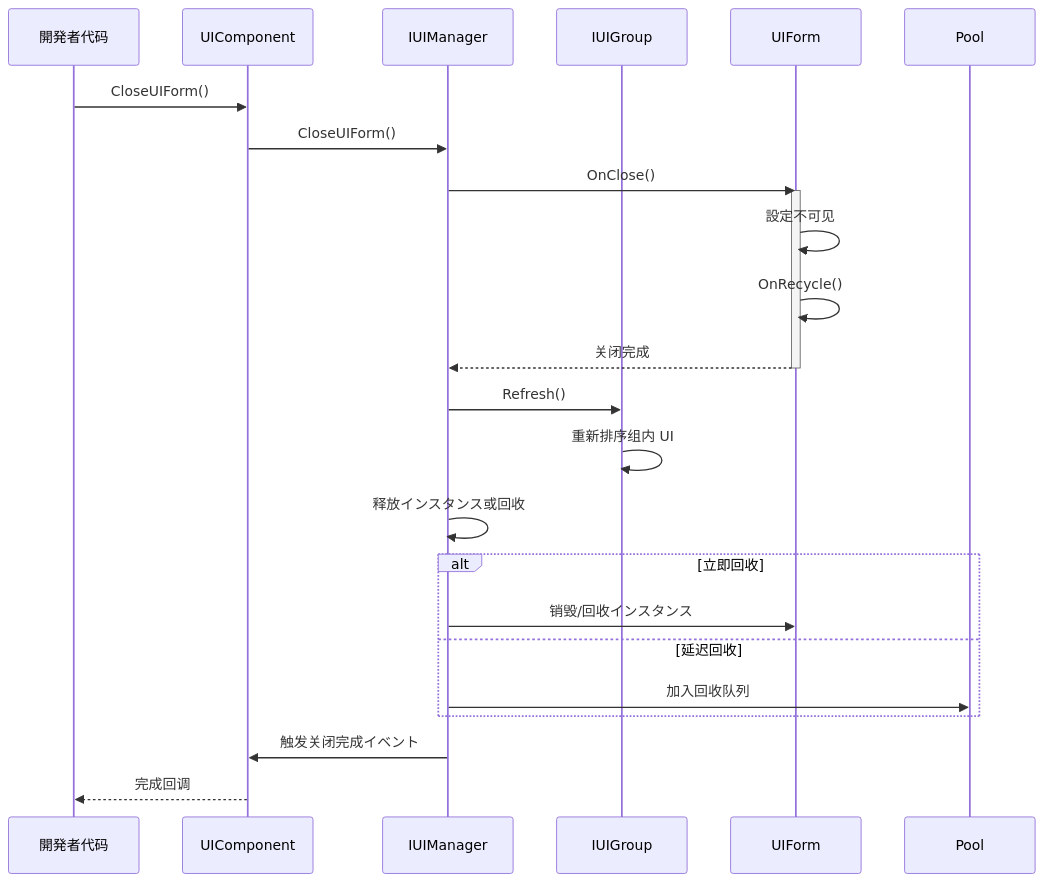
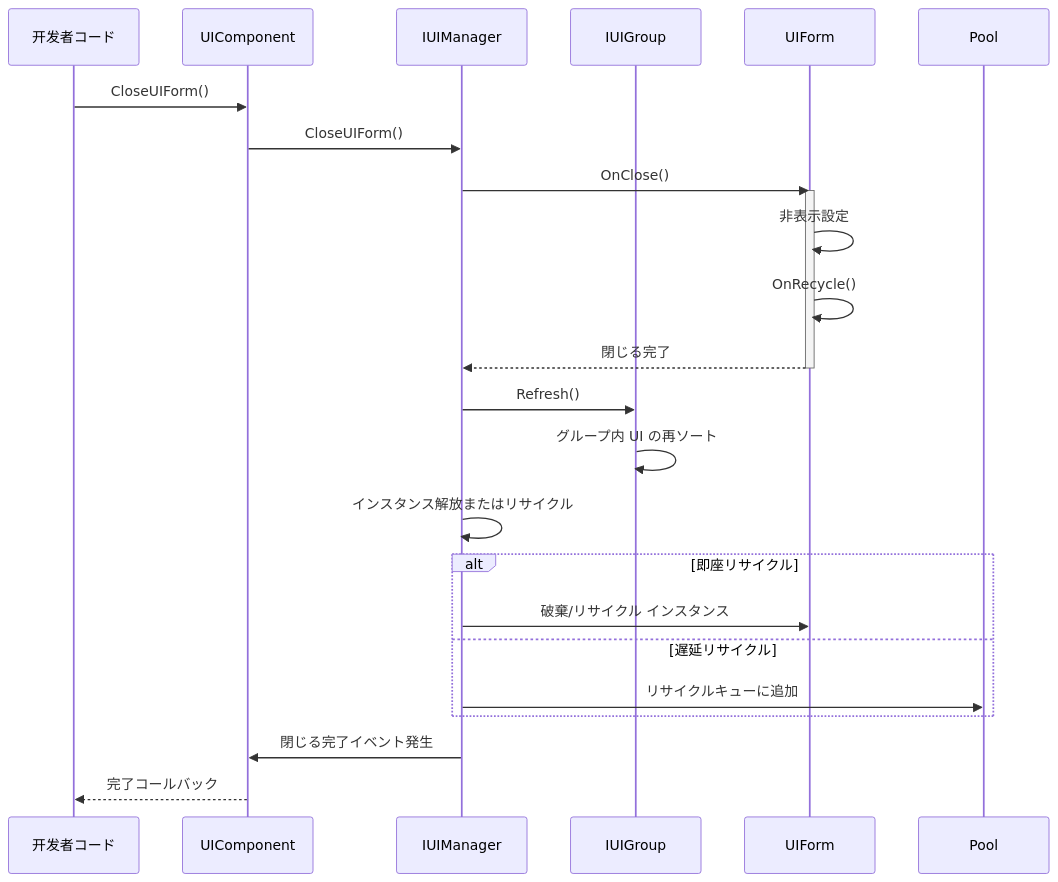
Before and after one commit to AlianBlank/GameFrameX.Docs: the fifth of 5 diagrams in docs/ja/client/unity/component/ui/01.overview.md, drawn with Mermaid. The commit also changed other lines of this file and 320 other files, not shown here.

````diff
--- a/docs/ja/client/unity/component/ui/01.overview.md
+++ b/docs/ja/client/unity/component/ui/01.overview.md
@@ -317,32 +317,32 @@
 ```mermaid
 sequenceDiagram
-    participant Client as 開発者代码
+    participant Client as 开发者コード
     participant UIComp as UIComponent
     participant Manager as IUIManager
     participant Group as IUIGroup
     participant Form as UIForm
 
     Client->>UIComp: CloseUIForm()
     UIComp->>Manager: CloseUIForm()
     
     Manager->>Form: OnClose()
     activate Form
-    Form->>Form: 設定不可见
+    Form->>Form: 非表示設定
     Form->>Form: OnRecycle()
-    Form-->>Manager: 关闭完成
+    Form-->>Manager: 閉じる完了
     deactivate Form
     
     Manager->>Group: Refresh()
-    Group->>Group: 重新排序组内 UI
+    Group->>Group: グループ内 UI の再ソート
     
-    Manager->>Manager: 释放インスタンス或回收
+    Manager->>Manager: インスタンス解放またはリサイクル
     
-    alt 立即回收
-        Manager->>Form: 销毁/回收インスタンス
-    else 延迟回收
-        Manager->>Pool: 加入回收队列
+    alt 即座リサイクル
+        Manager->>Form: 破棄/リサイクル インスタンス
+    else 遅延リサイクル
+        Manager->>Pool: リサイクルキューに追加
     end
     
-    Manager->>UIComp: 触发关闭完成イベント
-    UIComp-->>Client: 完成回调
+    Manager->>UIComp: 閉じる完了イベント発生
+    UIComp-->>Client: 完了コールバック
 ```
````
